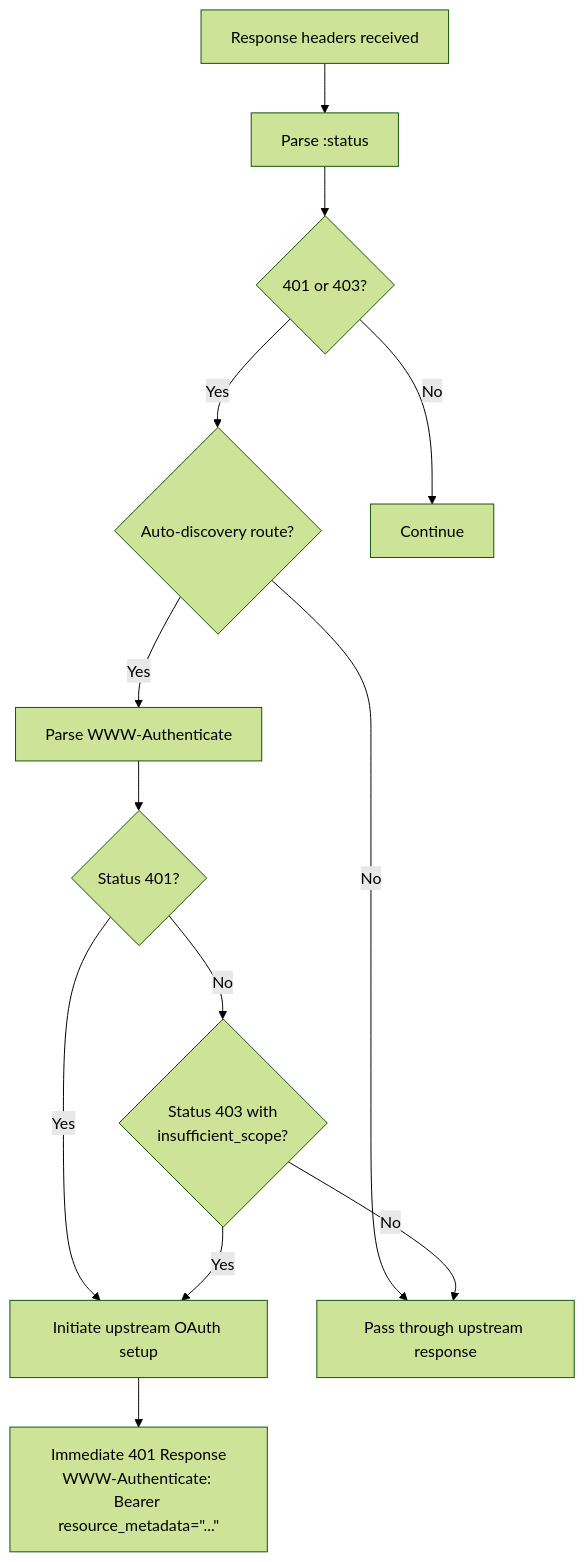
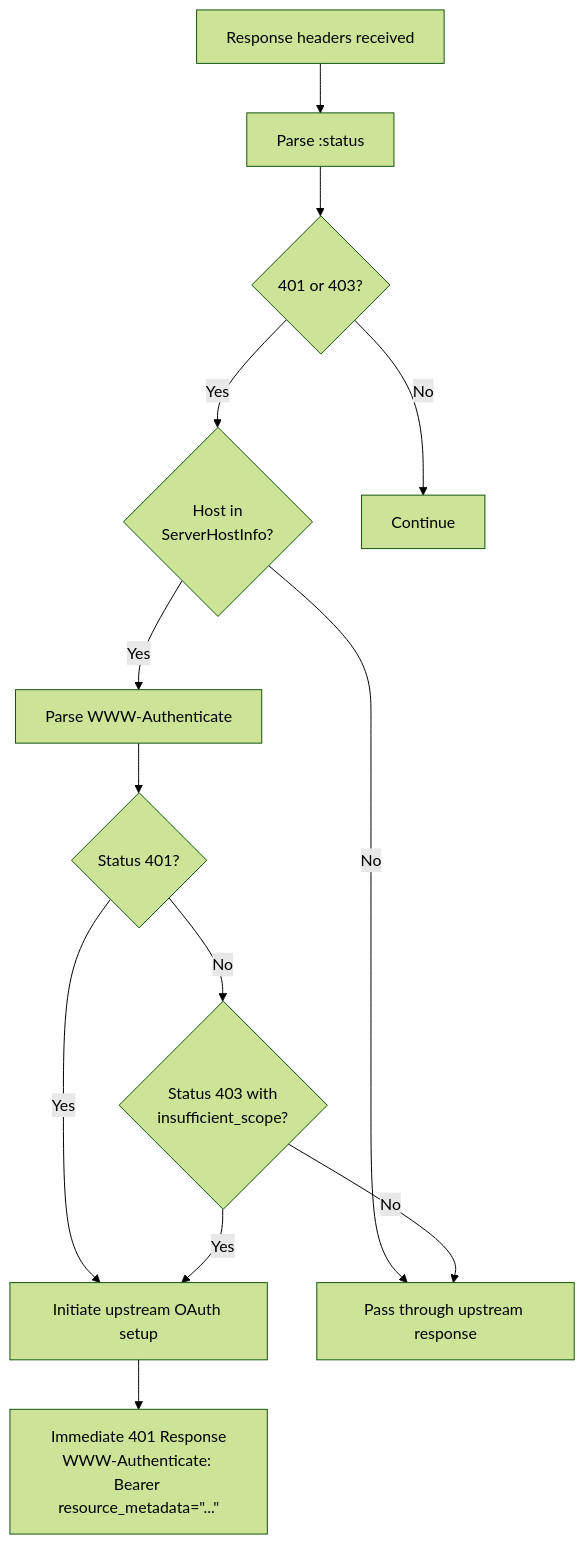
Before and after one commit to pomerium/pomerium: the sixth of 10 diagrams in internal/mcp/DESIGN.md, drawn with Mermaid (forest theme). The commit also changed other lines of this file, not shown here.

Commit message:
docs: update DESIGN.md to reflect unified upstream OAuth architecture

````diff
--- a/internal/mcp/DESIGN.md
+++ b/internal/mcp/DESIGN.md
@@ -433,25 +445,25 @@
 ```mermaid
 flowchart TD
     Start["Response headers received"]
     ParseStatus["Parse :status"]
     Check401{"401 or 403?"}
-    CheckAuto{"Auto-discovery route?"}
+    CheckHost{"Host in<br/>ServerHostInfo?"}
     ParseWWW["Parse WWW-Authenticate"]
     CheckStatus{"Status 401?"}
     Check403{"Status 403 with<br/>insufficient_scope?"}
     Handle["Initiate upstream OAuth setup"]
     Return401["Immediate 401 Response<br/>WWW-Authenticate: Bearer resource_metadata=&quot;...&quot;"]
     PassThrough["Pass through upstream response"]
     Continue["Continue"]
 
     Start --> ParseStatus --> Check401
     Check401 -->|No| Continue
-    Check401 -->|Yes| CheckAuto
-    CheckAuto -->|No| PassThrough
-    CheckAuto -->|Yes| ParseWWW --> CheckStatus
+    Check401 -->|Yes| CheckHost
+    CheckHost -->|No| PassThrough
+    CheckHost -->|Yes| ParseWWW --> CheckStatus
     CheckStatus -->|Yes| Handle
     CheckStatus -->|No| Check403
     Check403 -->|Yes| Handle
     Check403 -->|No| PassThrough
     Handle --> Return401
 ```
````
